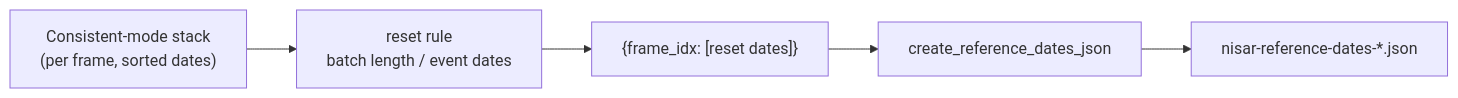
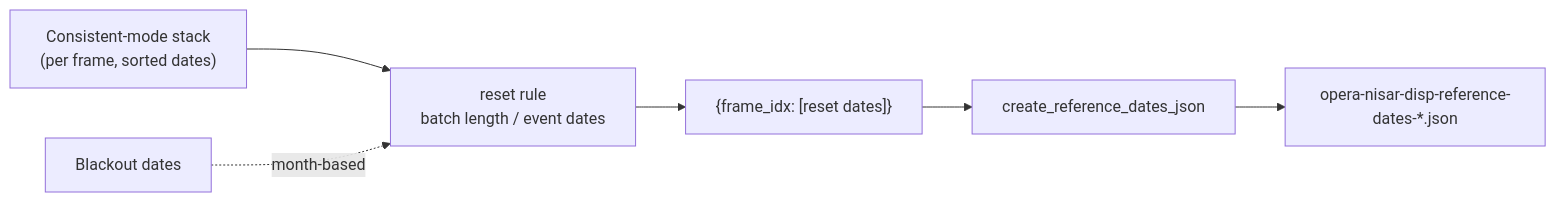
The diagram in docs/background/reference-dates.md (opera-adt/nisar_db), drawn with Mermaid before and after one commit. The commit also changed other lines of this file and 3 other files, not shown here.

````diff
--- a/docs/background/reference-dates.md
+++ b/docs/background/reference-dates.md
@@ -73,7 +85,8 @@
 ```mermaid
 flowchart LR
     A["Consistent-mode stack<br/>(per frame, sorted dates)"] --> B["reset rule<br/>batch length / event dates"]
+    F["Blackout dates"] -.->|month-based| B
     B --> C["{frame_idx: [reset dates]}"]
     C --> D["create_reference_dates_json"]
-    D --> E["nisar-reference-dates-*.json"]
+    D --> E["opera-nisar-disp-reference-dates-*.json"]
 ```
````
